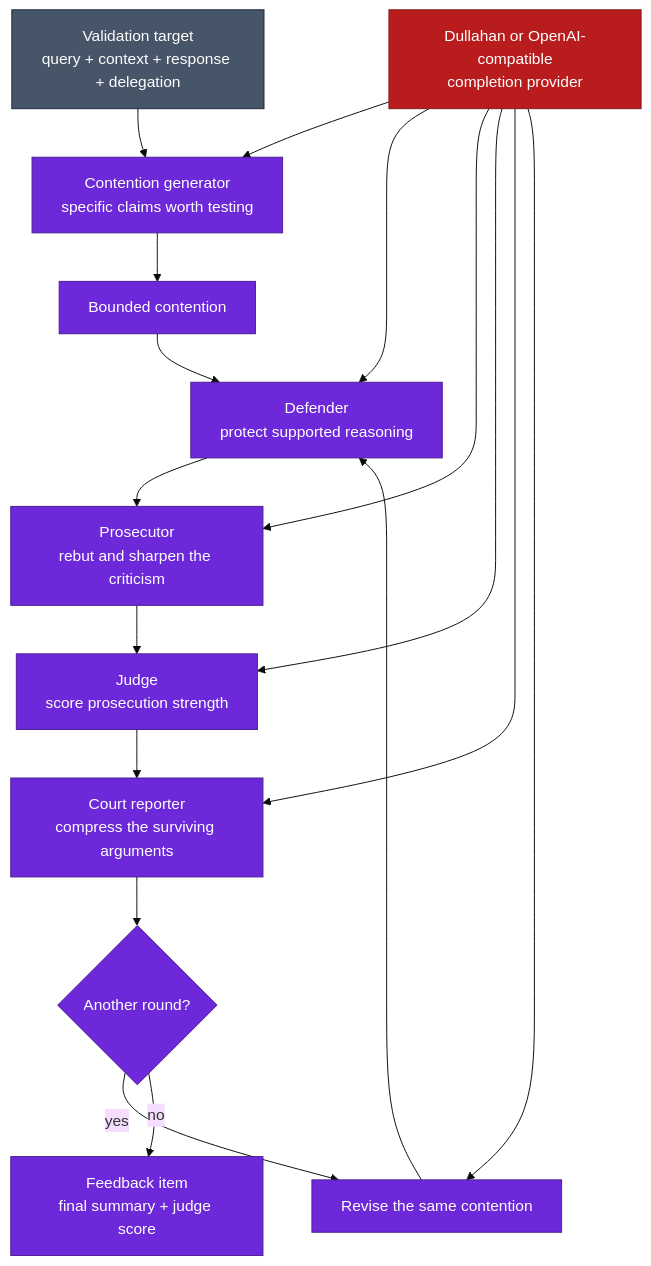
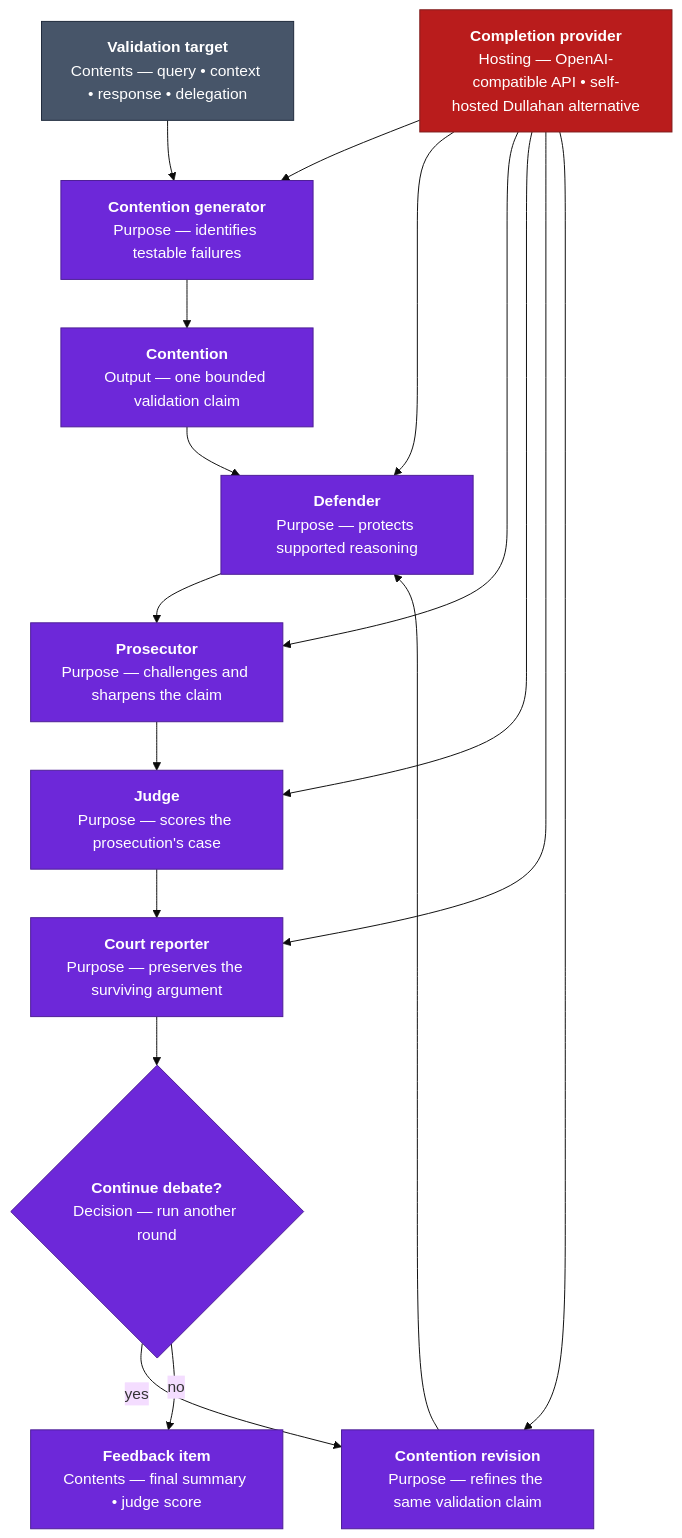
Before and after one commit to ForestDweller014/Specter: the second of 3 diagrams in README.md, drawn with Mermaid (base theme). The commit also changed other lines of this file, not shown here.

First line of the commit message:
docs: Clarify README architecture

````diff
--- a/README.md
+++ b/README.md
@@ -253,28 +260,28 @@
 ```mermaid
 flowchart TB
-    Target["Validation target<br/>query + context + response + delegation"] --> Generate["Contention generator<br/>specific claims worth testing"]
-    Generate --> Contention["Bounded contention"]
-    Contention --> Defender["Defender<br/>protect supported reasoning"]
-    Defender --> Prosecutor["Prosecutor<br/>rebut and sharpen the criticism"]
-    Prosecutor --> Judge["Judge<br/>score prosecution strength"]
-    Judge --> Reporter["Court reporter<br/>compress the surviving arguments"]
-    Reporter --> More{"Another round?"}
-    More -->|"yes"| Revise["Revise the same contention"]
+    Target["<b>Validation target</b><br/>Contents — query • context • response • delegation"] --> Generate["<b>Contention generator</b><br/>Purpose — identifies testable failures"]
+    Generate --> Contention["<b>Contention</b><br/>Output — one bounded validation claim"]
+    Contention --> Defender["<b>Defender</b><br/>Purpose — protects supported reasoning"]
+    Defender --> Prosecutor["<b>Prosecutor</b><br/>Purpose — challenges and sharpens the claim"]
+    Prosecutor --> Judge["<b>Judge</b><br/>Purpose — scores the prosecution's case"]
+    Judge --> Reporter["<b>Court reporter</b><br/>Purpose — preserves the surviving argument"]
+    Reporter --> More{"<b>Continue debate?</b><br/>Decision — run another round"}
+    More -->|"yes"| Revise["<b>Contention revision</b><br/>Purpose — refines the same validation claim"]
     Revise --> Defender
-    More -->|"no"| Item["Feedback item<br/>final summary + judge score"]
+    More -->|"no"| Item["<b>Feedback item</b><br/>Contents — final summary • judge score"]
 
-    Provider["Dullahan or OpenAI-compatible<br/>completion provider"] --> Generate
+    Provider["<b>Completion provider</b><br/>Hosting — OpenAI-compatible API • self-hosted Dullahan alternative"] --> Generate
     Provider --> Defender
     Provider --> Prosecutor
     Provider --> Judge
     Provider --> Reporter
     Provider --> Revise
 
     class Target external
     class Generate,Contention,Defender,Prosecutor,Judge,Reporter,More,Revise,Item validation
     class Provider inference
 
     classDef external fill:#475569,stroke:#1E293B,color:#FFFFFF
     classDef validation fill:#6D28D9,stroke:#4C1D95,color:#FFFFFF
     classDef inference fill:#B91C1C,stroke:#7F1D1D,color:#FFFFFF
 ```
````
